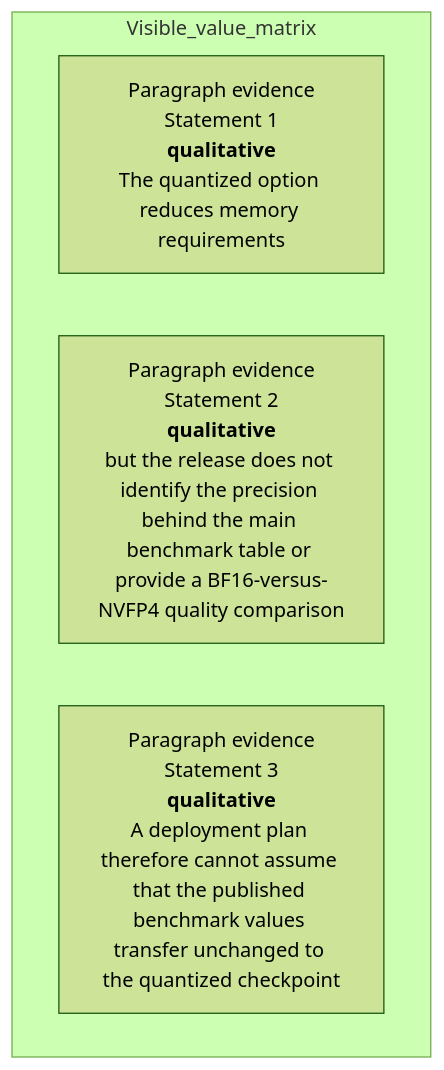
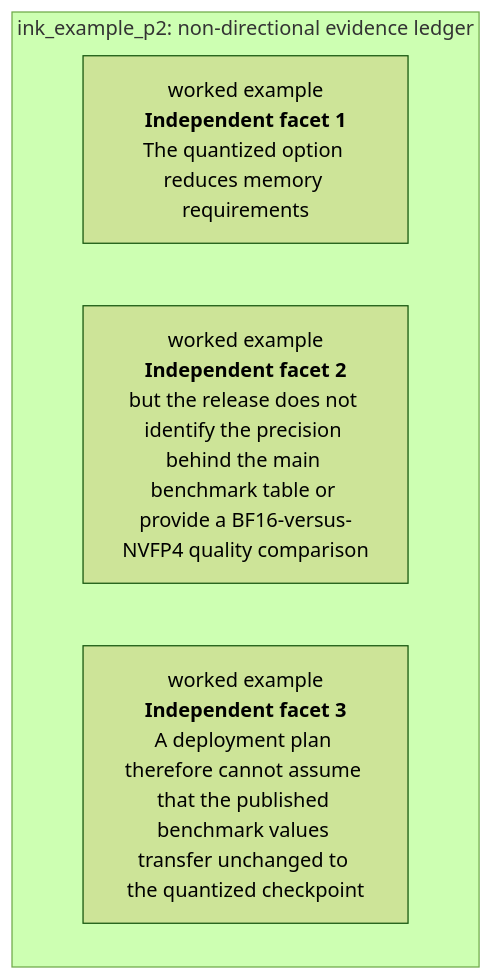
Diagram 26 of 57 in docs/visual-manifests/VISUAL_MANIFEST_INKLING.md (Betancourt1/paper_atlas), drawn with Mermaid (forest theme) before and after one commit. The commit also changed other lines of this file and 7 other files, not shown here.

````diff
--- a/docs/visual-manifests/VISUAL_MANIFEST_INKLING.md
+++ b/docs/visual-manifests/VISUAL_MANIFEST_INKLING.md
@@ -2064,8 +2071,8 @@
 ```mermaid
 flowchart TB
-  subgraph Visible_value_matrix
-    r1["Paragraph evidence<br/>Statement 1<br/><b>qualitative</b><br/>The quantized option reduces memory requirements"]
-    r2["Paragraph evidence<br/>Statement 2<br/><b>qualitative</b><br/>but the release does not identify the precision behind the main benchmark table or provide a BF16-versus-NVFP4 quality comparison"]
-    r3["Paragraph evidence<br/>Statement 3<br/><b>qualitative</b><br/>A deployment plan therefore cannot assume that the published benchmark values transfer unchanged to the quantized checkpoint"]
+  subgraph Ledger["ink_example_p2: non-directional evidence ledger"]
+    r1["worked example<br/><b>Independent facet 1</b><br/>The quantized option reduces memory requirements"]
+    r2["worked example<br/><b>Independent facet 2</b><br/>but the release does not identify the precision behind the main benchmark table or provide a BF16-versus-NVFP4 quality comparison"]
+    r3["worked example<br/><b>Independent facet 3</b><br/>A deployment plan therefore cannot assume that the published benchmark values transfer unchanged to the quantized checkpoint"]
   end
 ```
````
